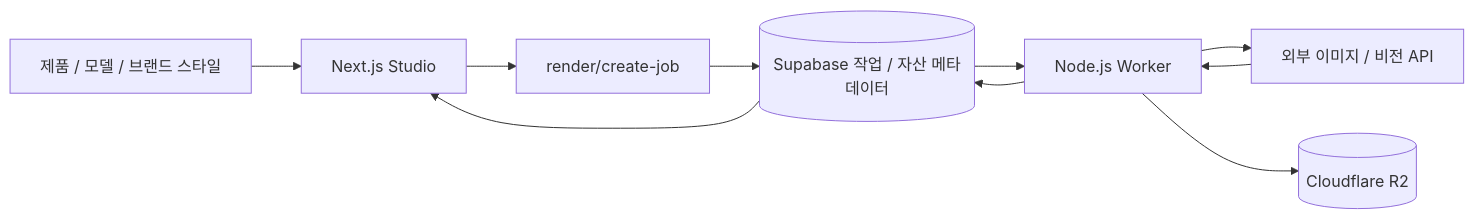
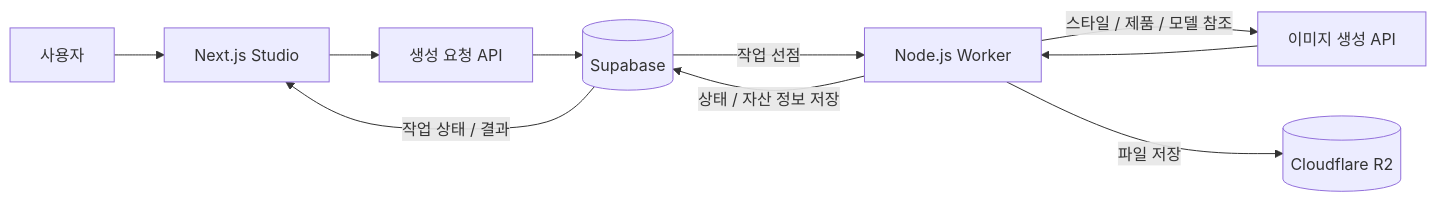
One commit to Dav3411/zeriv changed the diagram in README.md. Above: the diagram before and after it, drawn with Mermaid. The commit also changed other lines of this file and 2 other files, not shown here.

````diff
--- a/README.md
+++ b/README.md
@@ -21,12 +37,12 @@
 ```mermaid
 flowchart LR
-    U[제품 / 모델 / 브랜드 스타일] --> UI[Next.js Studio]
-    UI --> API[render/create-job]
-    API --> DB[(Supabase 작업 / 자산 메타데이터)]
-    DB --> W[Node.js Worker]
-    W --> AI[외부 이미지 / 비전 API]
-    AI --> W
-    W --> R2[(Cloudflare R2)]
-    W --> DB
-    DB --> UI
+    User[사용자] --> Studio[Next.js Studio]
+    Studio --> API[생성 요청 API]
+    API --> DB[(Supabase)]
+    DB -->|작업 선점| Worker[Node.js Worker]
+    Worker -->|스타일 / 제품 / 모델 참조| AI[이미지 생성 API]
+    AI --> Worker
+    Worker -->|파일 저장| R2[(Cloudflare R2)]
+    Worker -->|상태 / 자산 정보 저장| DB
+    DB -->|작업 상태 / 결과| Studio
 ```
````
